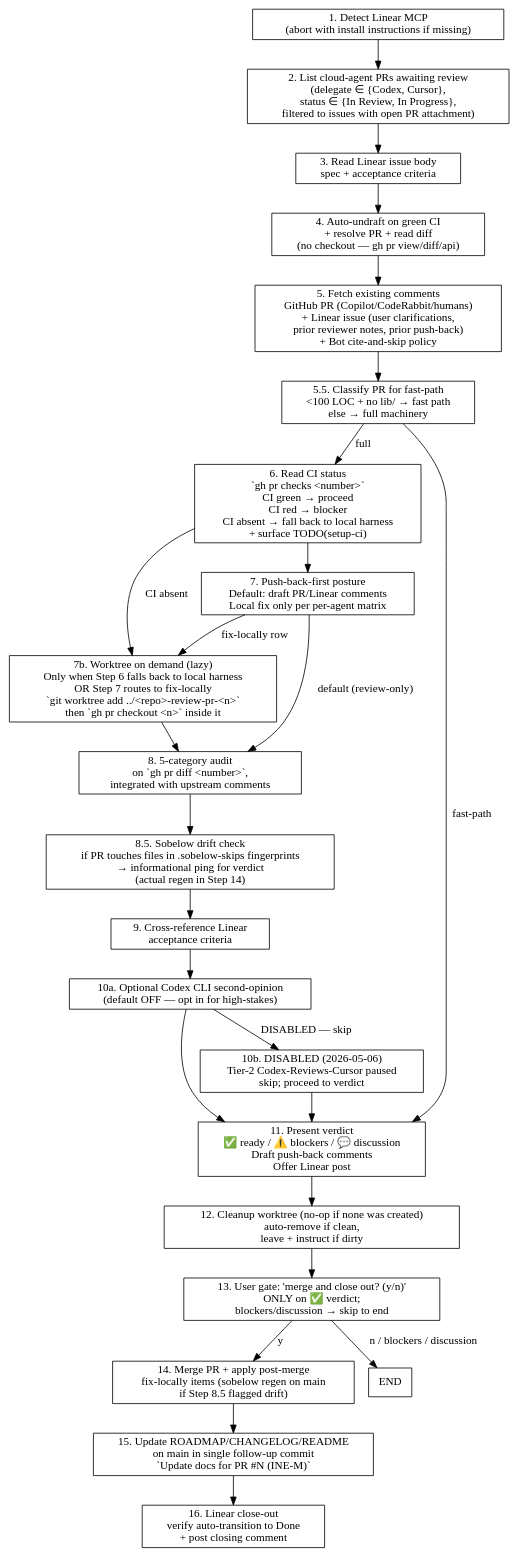
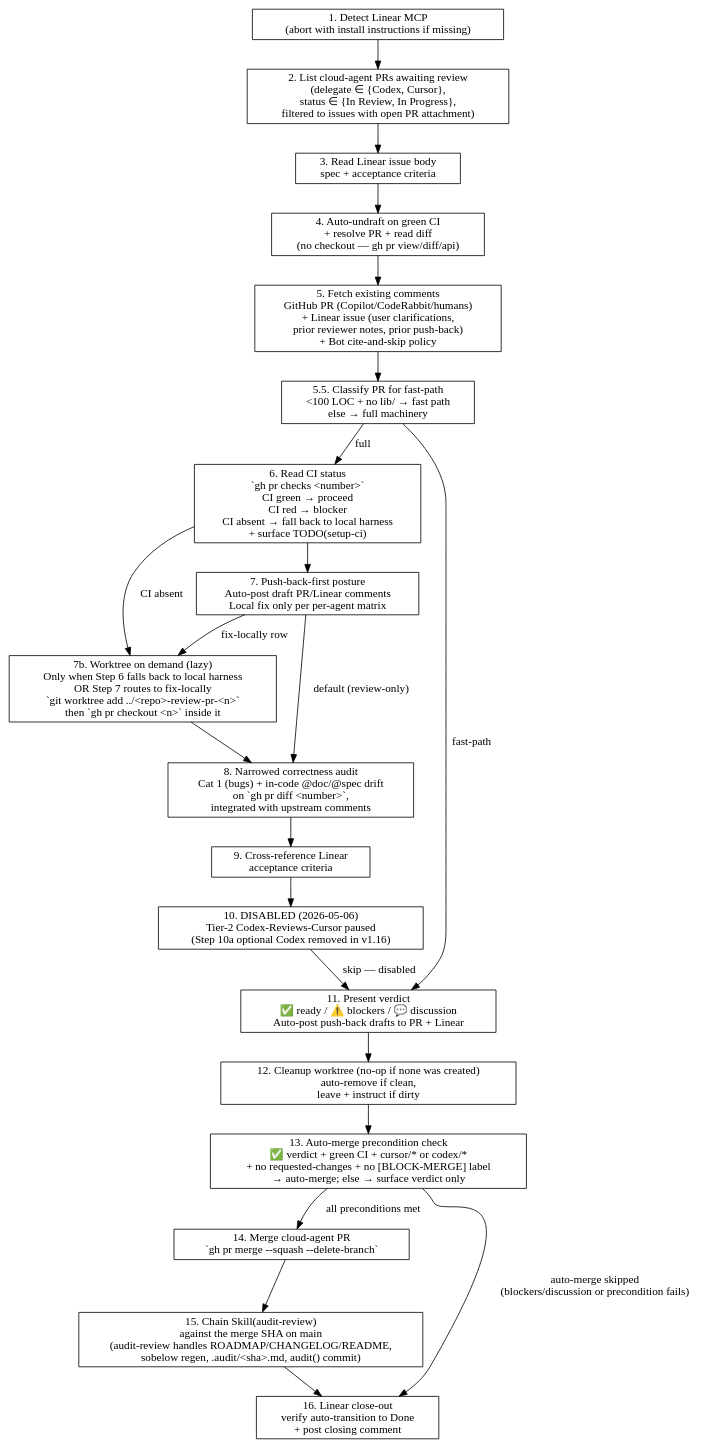
Before and after one commit to ZenHive/claude-marketplace-elixir: the diagram in plugins/staged-review/skills/commit-review/SKILL.md, drawn with Graphviz. The commit also changed other lines of this file and 10 other files, not shown here.

````diff
--- a/plugins/staged-review/skills/commit-review/SKILL.md
+++ b/plugins/staged-review/skills/commit-review/SKILL.md
@@ -64,44 +70,40 @@
 ```dot
 digraph commit_review {
   rankdir=TB;
   node [shape=box];
 
   detect    [label="1. Detect Linear MCP\n(abort with install instructions if missing)"];
   list      [label="2. List cloud-agent PRs awaiting review\n(delegate ∈ {Codex, Cursor},\nstatus ∈ {In Review, In Progress},\nfiltered to issues with open PR attachment)"];
   spec      [label="3. Read Linear issue body\nspec + acceptance criteria"];
   resolve   [label="4. Auto-undraft on green CI\n+ resolve PR + read diff\n(no checkout — gh pr view/diff/api)"];
   comments  [label="5. Fetch existing comments\nGitHub PR (Copilot/CodeRabbit/humans)\n+ Linear issue (user clarifications,\nprior reviewer notes, prior push-back)\n+ Bot cite-and-skip policy"];
   classify  [label="5.5. Classify PR for fast-path\n<100 LOC + no lib/ → fast path\nelse → full machinery"];
   ci        [label="6. Read CI status\n`gh pr checks <number>`\nCI green → proceed\nCI red → blocker\nCI absent → fall back to local harness\n+ surface TODO(setup-ci)"];
-  pushback  [label="7. Push-back-first posture\nDefault: draft PR/Linear comments\nLocal fix only per per-agent matrix"];
+  pushback  [label="7. Push-back-first posture\nAuto-post draft PR/Linear comments\nLocal fix only per per-agent matrix"];
   worktree  [label="7b. Worktree on demand (lazy)\nOnly when Step 6 falls back to local harness\nOR Step 7 routes to fix-locally\n`git worktree add ../<repo>-review-pr-<n>`\nthen `gh pr checkout <n>` inside it"];
-  audit     [label="8. 5-category audit\non `gh pr diff <number>`,\nintegrated with upstream comments"];
-  drift     [label="8.5. Sobelow drift check\nif PR touches files in .sobelow-skips fingerprints\n→ informational ping for verdict\n(actual regen in Step 14)"];
+  audit     [label="8. Narrowed correctness audit\nCat 1 (bugs) + in-code @doc/@spec drift\non `gh pr diff <number>`,\nintegrated with upstream comments"];
   cross     [label="9. Cross-reference Linear\nacceptance criteria"];
-  codex     [label="10a. Optional Codex CLI second-opinion\n(default OFF — opt in for high-stakes)"];
-  delegate  [label="10b. DISABLED (2026-05-06)\nTier-2 Codex-Reviews-Cursor paused\nskip; proceed to verdict"];
-  verdict   [label="11. Present verdict\n✅ ready / ⚠️ blockers / 💬 discussion\nDraft push-back comments\nOffer Linear post"];
+  delegate  [label="10. DISABLED (2026-05-06)\nTier-2 Codex-Reviews-Cursor paused\n(Step 10a optional Codex removed in v1.16)"];
+  verdict   [label="11. Present verdict\n✅ ready / ⚠️ blockers / 💬 discussion\nAuto-post push-back drafts to PR + Linear"];
   cleanup   [label="12. Cleanup worktree (no-op if none was created)\nauto-remove if clean,\nleave + instruct if dirty"];
-  gate      [label="13. User gate: 'merge and close out? (y/n)'\nONLY on ✅ verdict;\nblockers/discussion → skip to end"];
-  merge     [label="14. Merge PR + apply post-merge\nfix-locally items (sobelow regen on main\nif Step 8.5 flagged drift)"];
-  bookkeep  [label="15. Update ROADMAP/CHANGELOG/README\non main in single follow-up commit\n`Update docs for PR #N (INE-M)`"];
+  gate      [label="13. Auto-merge precondition check\n✅ verdict + green CI + cursor/* or codex/*\n+ no requested-changes + no [BLOCK-MERGE] label\n→ auto-merge; else → surface verdict only"];
+  merge     [label="14. Merge cloud-agent PR\n`gh pr merge --squash --delete-branch`"];
+  audit_chain [label="15. Chain Skill(audit-review)\nagainst the merge SHA on main\n(audit-review handles ROADMAP/CHANGELOG/README,\nsobelow regen, .audit/<sha>.md, audit() commit)"];
   close     [label="16. Linear close-out\nverify auto-transition to Done\n+ post closing comment"];
 
   detect -> list -> spec -> resolve -> comments -> classify;
   classify -> ci [label="full"];
   classify -> verdict [label="fast-path"];
   ci -> pushback;
   ci -> worktree [label="CI absent"];
   pushback -> worktree [label="fix-locally row"];
   pushback -> audit [label="default (review-only)"];
   worktree -> audit;
-  audit -> drift -> cross -> codex;
-  codex -> delegate [label="DISABLED — skip"];
-  codex -> verdict;
-  delegate -> verdict;
+  audit -> cross -> delegate;
+  delegate -> verdict [label="skip — disabled"];
   verdict -> cleanup -> gate;
-  gate -> merge [label="y"];
-  gate -> "END" [label="n / blockers / discussion"];
-  merge -> bookkeep -> close;
+  gate -> merge [label="all preconditions met"];
+  gate -> close [label="auto-merge skipped\n(blockers/discussion or precondition fails)"];
+  merge -> audit_chain -> close;
 }
 ```
````
